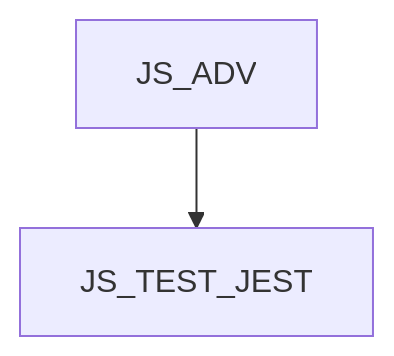
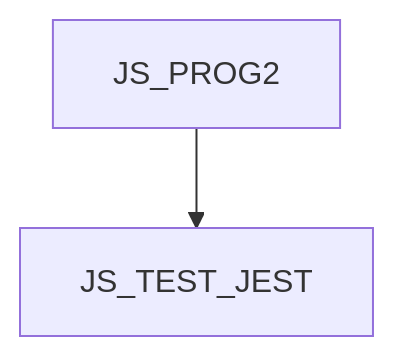
Before and after one commit to mbradic/gopas-osnovy: the diagram in JS_TEST_JEST CZ.md, drawn with Mermaid. The commit also changed other lines of this file and 31 other files, not shown here.

Commit message:
Update: JS_INTRO a JS_ADV -> JS_PROG1 a JS_PROG2

````diff
--- a/JS_TEST_JEST CZ.md
+++ b/JS_TEST_JEST CZ.md
@@ -11,4 +11,4 @@
 ```mermaid
 graph TD
-    JS_ADV --> JS_TEST_JEST
+    JS_PROG2 --> JS_TEST_JEST
 ```
````
